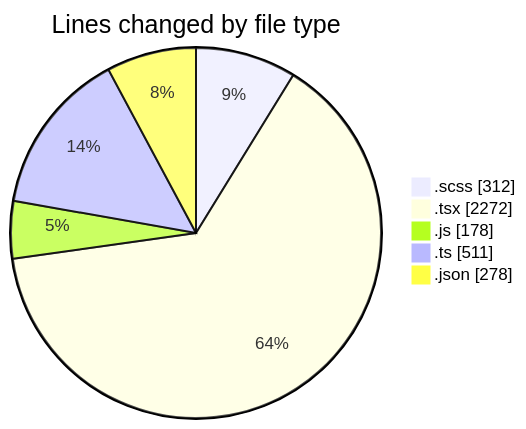
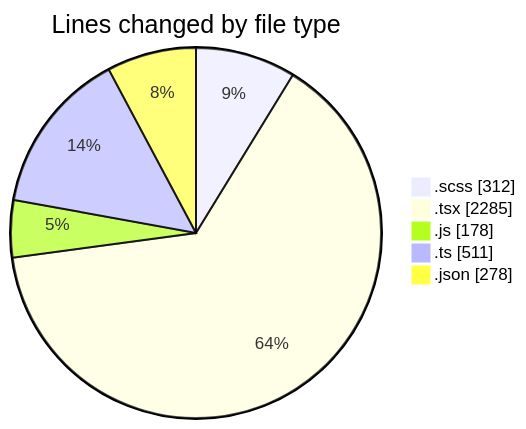
One commit to momahboobian/code-tracking changed the first of 2 diagrams in 2026-08-10/cda/README.md. Above: the diagram before and after it, drawn with Mermaid. The commit also changed other lines of this file and 1 other file, not shown here.

````diff
--- a/2026-08-10/cda/README.md
+++ b/2026-08-10/cda/README.md
@@ -32,9 +32,9 @@
 ```mermaid
 pie showData
 title Lines changed by file type
 ".scss" : 312
-".tsx" : 2272
+".tsx" : 2285
 ".js" : 178
 ".ts" : 511
 ".json" : 278
 ```
````
